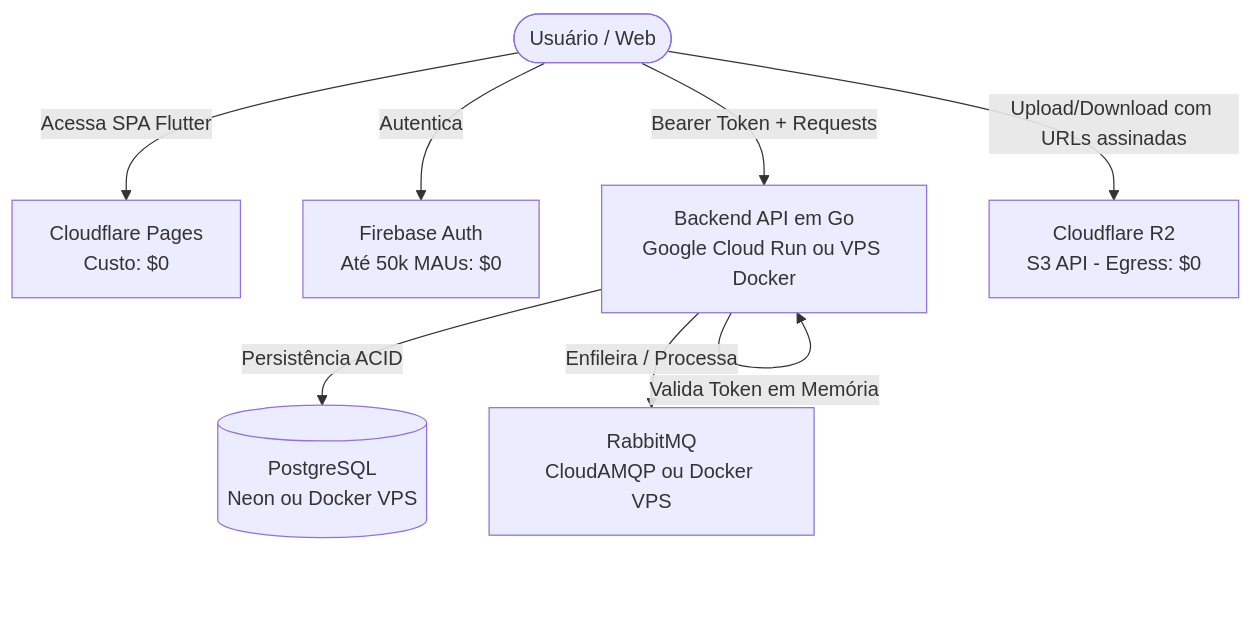
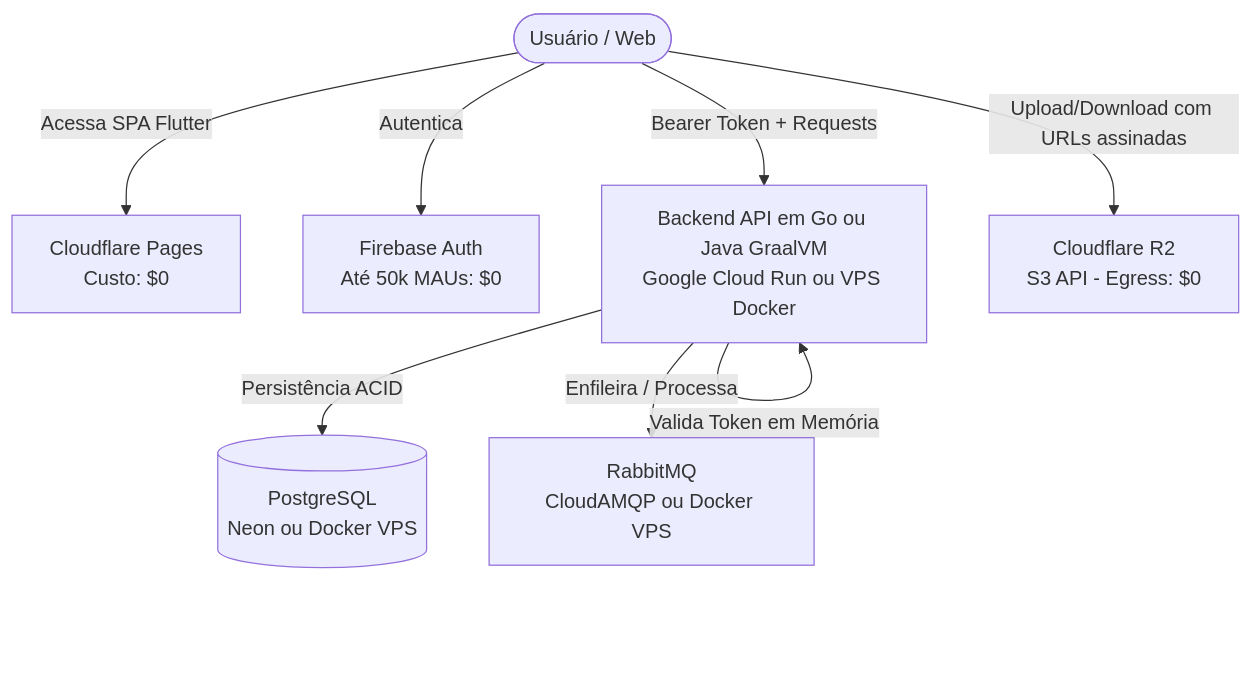
The diagram in architecture/cloud-cost-benefit-analysis.md (cesargranelli/flag_platform_docs), drawn with Mermaid before and after one commit. The commit also changed other lines of this file, not shown here.

Commit message:
docs(architecture): revisao da analise de custo cloud

````diff
--- a/architecture/cloud-cost-benefit-analysis.md
+++ b/architecture/cloud-cost-benefit-analysis.md
@@ -92,10 +108,10 @@
 ```mermaid
 flowchart TD
     User([Usuário / Web]) -->|Acessa SPA Flutter| Pages[Cloudflare Pages\nCusto: $0]
     User -->|Autentica| FBAuth[Firebase Auth\nAté 50k MAUs: $0]
-    User -->|Bearer Token + Requests| Backend[Backend API em Go\nGoogle Cloud Run ou VPS Docker]
+    User -->|Bearer Token + Requests| Backend[Backend API em Go ou Java GraalVM\nGoogle Cloud Run ou VPS Docker]
     Backend -->|Valida Token em Memória| Backend
     Backend -->|Persistência ACID| DB[(PostgreSQL\nNeon ou Docker VPS)]
     Backend -->|Enfileira / Processa| Queue[RabbitMQ\nCloudAMQP ou Docker VPS]
     User -->|Upload/Download com URLs assinadas| Storage[Cloudflare R2\nS3 API - Egress: $0]
 ```
````
